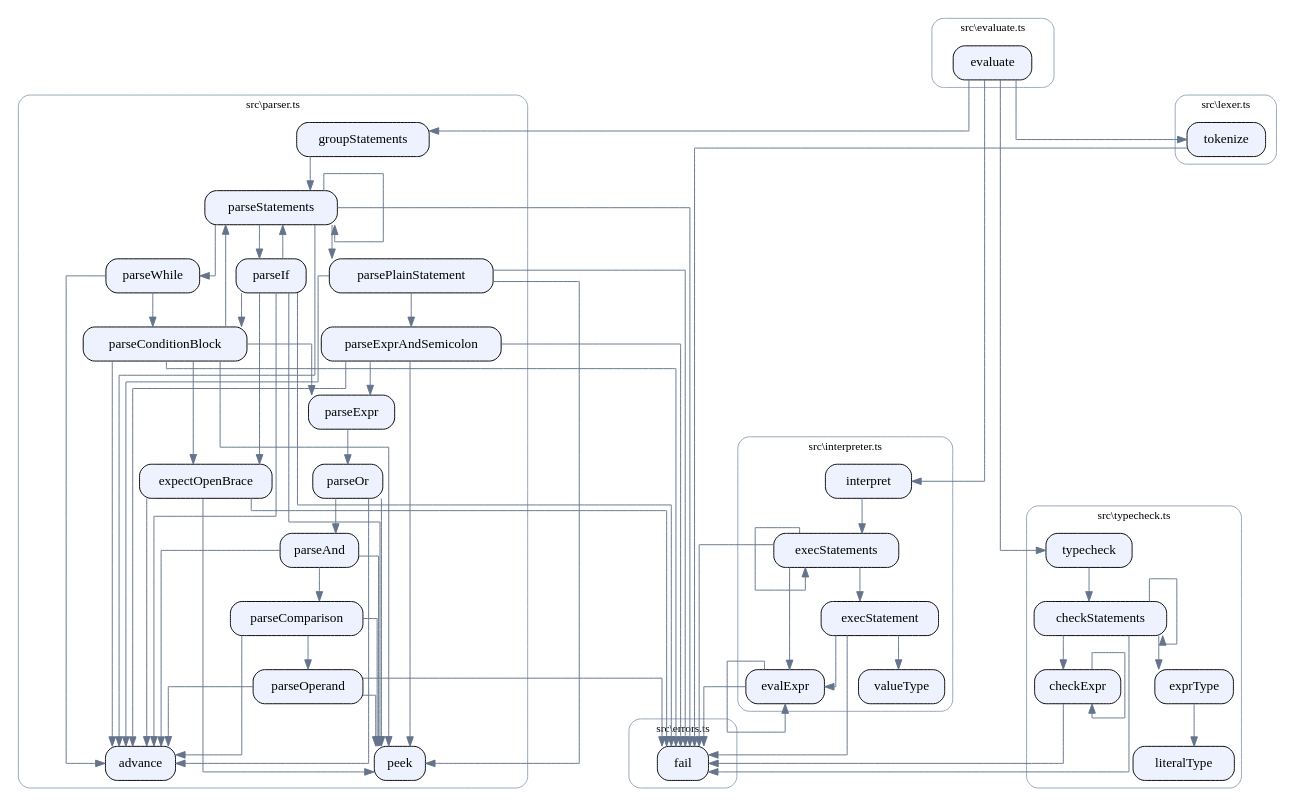
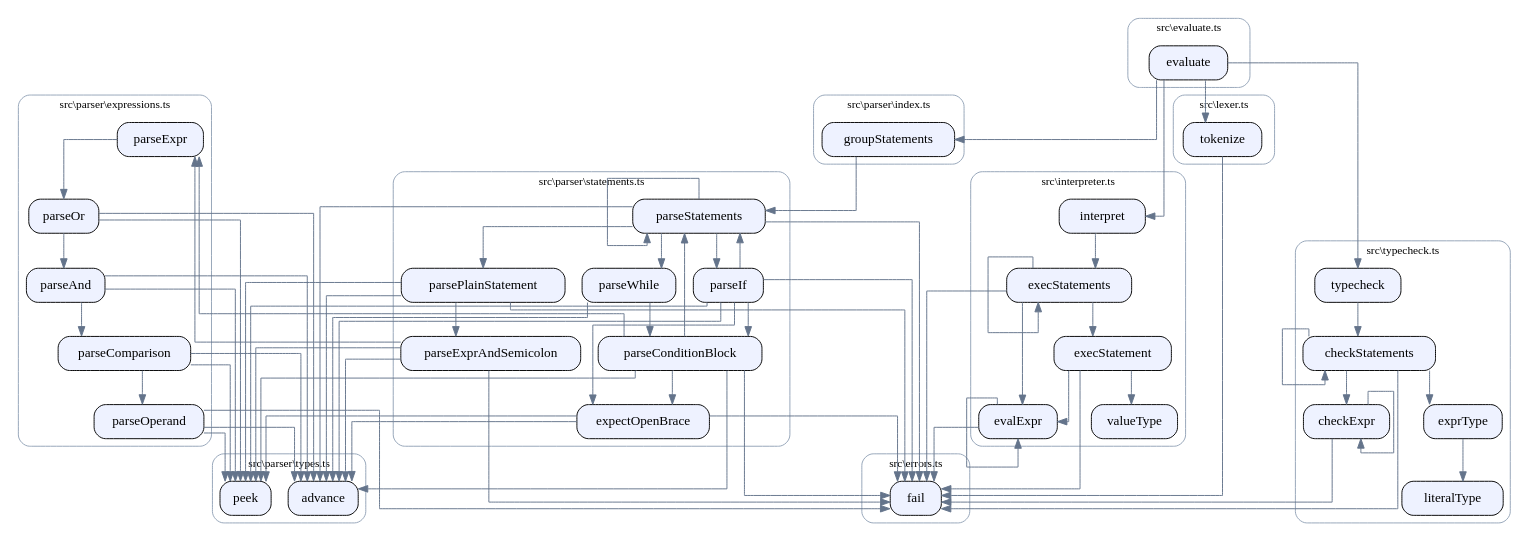
Before and after one commit to SirMathhman/Tuff: the diagram in docs/callgraph.dot, drawn with Graphviz. The commit also changed 9 other files, not shown here.

Commit message:
refactor: split parser into parser/ module (types, expressions, statements)

```diff
--- a/docs/callgraph.dot
+++ b/docs/callgraph.dot
@@ -1,144 +1,165 @@
 digraph tuff {
   rankdir=TB;
   splines=ortho;
   node [shape=box, style="rounded,filled", fillcolor="#eef2ff", fontname="Consolas"];
   edge [color="#64748b"];
   subgraph "cluster_src_errors_ts" {
     style="rounded";
     color="#94a3b8";
     fontname="Consolas";
     fontsize=12;
     label="src\\errors.ts";
     "src\\errors.ts::fail" [label="fail"];
   }
   subgraph "cluster_src_evaluate_ts" {
     style="rounded";
     color="#94a3b8";
     fontname="Consolas";
     fontsize=12;
     label="src\\evaluate.ts";
     "src\\evaluate.ts::evaluate" [label="evaluate"];
   }
   subgraph "cluster_src_interpreter_ts" {
     style="rounded";
     color="#94a3b8";
     fontname="Consolas";
     fontsize=12;
     label="src\\interpreter.ts";
     "src\\interpreter.ts::valueType" [label="valueType"];
     "src\\interpreter.ts::evalExpr" [label="evalExpr"];
     "src\\interpreter.ts::execStatement" [label="execStatement"];
     "src\\interpreter.ts::execStatements" [label="execStatements"];
     "src\\interpreter.ts::interpret" [label="interpret"];
   }
   subgraph "cluster_src_lexer_ts" {
     style="rounded";
     color="#94a3b8";
     fontname="Consolas";
     fontsize=12;
     label="src\\lexer.ts";
     "src\\lexer.ts::tokenize" [label="tokenize"];
   }
-  subgraph "cluster_src_parser_ts" {
+  subgraph "cluster_src_parser_expressions_ts" {
     style="rounded";
     color="#94a3b8";
     fontname="Consolas";
     fontsize=12;
-    label="src\\parser.ts";
-    "src\\parser.ts::peek" [label="peek"];
-    "src\\parser.ts::advance" [label="advance"];
-    "src\\parser.ts::parseStatements" [label="parseStatements"];
-    "src\\parser.ts::parseExprAndSemicolon" [label="parseExprAndSemicolon"];
-    "src\\parser.ts::expectOpenBrace" [label="expectOpenBrace"];
-    "src\\parser.ts::parsePlainStatement" [label="parsePlainStatement"];
-    "src\\parser.ts::parseOperand" [label="parseOperand"];
-    "src\\parser.ts::parseExpr" [label="parseExpr"];
-    "src\\parser.ts::parseOr" [label="parseOr"];
-    "src\\parser.ts::parseAnd" [label="parseAnd"];
-    "src\\parser.ts::parseComparison" [label="parseComparison"];
-    "src\\parser.ts::parseConditionBlock" [label="parseConditionBlock"];
-    "src\\parser.ts::parseIf" [label="parseIf"];
-    "src\\parser.ts::parseWhile" [label="parseWhile"];
-    "src\\parser.ts::groupStatements" [label="groupStatements"];
+    label="src\\parser\\expressions.ts";
+    "src\\parser\\expressions.ts::parseExpr" [label="parseExpr"];
+    "src\\parser\\expressions.ts::parseOr" [label="parseOr"];
+    "src\\parser\\expressions.ts::parseAnd" [label="parseAnd"];
+    "src\\parser\\expressions.ts::parseComparison" [label="parseComparison"];
+    "src\\parser\\expressions.ts::parseOperand" [label="parseOperand"];
+  }
+  subgraph "cluster_src_parser_index_ts" {
+    style="rounded";
+    color="#94a3b8";
+    fontname="Consolas";
+    fontsize=12;
+    label="src\\parser\\index.ts";
+    "src\\parser\\index.ts::groupStatements" [label="groupStatements"];
+  }
+  subgraph "cluster_src_parser_statements_ts" {
+    style="rounded";
+    color="#94a3b8";
+    fontname="Consolas";
+    fontsize=12;
+    label="src\\parser\\statements.ts";
+    "src\\parser\\statements.ts::parseStatements" [label="parseStatements"];
+    "src\\parser\\statements.ts::parseExprAndSemicolon" [label="parseExprAndSemicolon"];
+    "src\\parser\\statements.ts::expectOpenBrace" [label="expectOpenBrace"];
+    "src\\parser\\statements.ts::parsePlainStatement" [label="parsePlainStatement"];
+    "src\\parser\\statements.ts::parseConditionBlock" [label="parseConditionBlock"];
+    "src\\parser\\statements.ts::parseIf" [label="parseIf"];
+    "src\\parser\\statements.ts::parseWhile" [label="parseWhile"];
+  }
+  subgraph "cluster_src_parser_types_ts" {
+    style="rounded";
+    color="#94a3b8";
+    fontname="Consolas";
+    fontsize=12;
+    label="src\\parser\\types.ts";
+    "src\\parser\\types.ts::peek" [label="peek"];
+    "src\\parser\\types.ts::advance" [label="advance"];
   }
   subgraph "cluster_src_typecheck_ts" {
     style="rounded";
     color="#94a3b8";
     fontname="Consolas";
     fontsize=12;
     label="src\\typecheck.ts";
     "src\\typecheck.ts::literalType" [label="literalType"];
     "src\\typecheck.ts::checkExpr" [label="checkExpr"];
     "src\\typecheck.ts::exprType" [label="exprType"];
     "src\\typecheck.ts::checkStatements" [label="checkStatements"];
     "src\\typecheck.ts::typecheck" [label="typecheck"];
   }
   "src\\evaluate.ts::evaluate" -> "src\\lexer.ts::tokenize";
-  "src\\evaluate.ts::evaluate" -> "src\\parser.ts::groupStatements";
+  "src\\evaluate.ts::evaluate" -> "src\\parser\\index.ts::groupStatements";
   "src\\evaluate.ts::evaluate" -> "src\\typecheck.ts::typecheck";
   "src\\evaluate.ts::evaluate" -> "src\\interpreter.ts::interpret";
   "src\\interpreter.ts::evalExpr" -> "src\\errors.ts::fail";
   "src\\interpreter.ts::evalExpr" -> "src\\interpreter.ts::evalExpr";
   "src\\interpreter.ts::execStatement" -> "src\\errors.ts::fail";
   "src\\interpreter.ts::execStatement" -> "src\\interpreter.ts::evalExpr";
   "src\\interpreter.ts::execStatement" -> "src\\interpreter.ts::valueType";
   "src\\interpreter.ts::execStatements" -> "src\\interpreter.ts::execStatements";
   "src\\interpreter.ts::execStatements" -> "src\\errors.ts::fail";
   "src\\interpreter.ts::execStatements" -> "src\\interpreter.ts::evalExpr";
   "src\\interpreter.ts::execStatements" -> "src\\interpreter.ts::execStatement";
   "src\\interpreter.ts::interpret" -> "src\\interpreter.ts::execStatements";
   "src\\lexer.ts::tokenize" -> "src\\errors.ts::fail";
-  "src\\parser.ts::parseStatements" -> "src\\parser.ts::advance";
-  "src\\parser.ts::parseStatements" -> "src\\parser.ts::parseStatements";
-  "src\\parser.ts::parseStatements" -> "src\\errors.ts::fail";
-  "src\\parser.ts::parseStatements" -> "src\\parser.ts::parseIf";
-  "src\\parser.ts::parseStatements" -> "src\\parser.ts::parseWhile";
-  "src\\parser.ts::parseStatements" -> "src\\parser.ts::parsePlainStatement";
-  "src\\parser.ts::parseExprAndSemicolon" -> "src\\parser.ts::parseExpr";
-  "src\\parser.ts::parseExprAndSemicolon" -> "src\\parser.ts::peek";
-  "src\\parser.ts::parseExprAndSemicolon" -> "src\\errors.ts::fail";
-  "src\\parser.ts::parseExprAndSemicolon" -> "src\\parser.ts::advance";
-  "src\\parser.ts::expectOpenBrace" -> "src\\parser.ts::peek";
-  "src\\parser.ts::expectOpenBrace" -> "src\\errors.ts::fail";
-  "src\\parser.ts::expectOpenBrace" -> "src\\parser.ts::advance";
-  "src\\parser.ts::parsePlainStatement" -> "src\\parser.ts::peek";
-  "src\\parser.ts::parsePlainStatement" -> "src\\errors.ts::fail";
-  "src\\parser.ts::parsePlainStatement" -> "src\\parser.ts::advance";
-  "src\\parser.ts::parsePlainStatement" -> "src\\parser.ts::parseExprAndSemicolon";
-  "src\\parser.ts::parseOperand" -> "src\\parser.ts::peek";
-  "src\\parser.ts::parseOperand" -> "src\\errors.ts::fail";
-  "src\\parser.ts::parseOperand" -> "src\\parser.ts::advance";
-  "src\\parser.ts::parseExpr" -> "src\\parser.ts::parseOr";
-  "src\\parser.ts::parseOr" -> "src\\parser.ts::parseAnd";
-  "src\\parser.ts::parseOr" -> "src\\parser.ts::peek";
-  "src\\parser.ts::parseOr" -> "src\\parser.ts::advance";
-  "src\\parser.ts::parseAnd" -> "src\\parser.ts::parseComparison";
-  "src\\parser.ts::parseAnd" -> "src\\parser.ts::peek";
-  "src\\parser.ts::parseAnd" -> "src\\parser.ts::advance";
-  "src\\parser.ts::parseComparison" -> "src\\parser.ts::parseOperand";
-  "src\\parser.ts::parseComparison" -> "src\\parser.ts::peek";
-  "src\\parser.ts::parseComparison" -> "src\\parser.ts::advance";
-  "src\\parser.ts::parseConditionBlock" -> "src\\parser.ts::peek";
-  "src\\parser.ts::parseConditionBlock" -> "src\\errors.ts::fail";
-  "src\\parser.ts::parseConditionBlock" -> "src\\parser.ts::advance";
-  "src\\parser.ts::parseConditionBlock" -> "src\\parser.ts::parseExpr";
-  "src\\parser.ts::parseConditionBlock" -> "src\\parser.ts::expectOpenBrace";
-  "src\\parser.ts::parseConditionBlock" -> "src\\parser.ts::parseStatements";
-  "src\\parser.ts::parseIf" -> "src\\parser.ts::advance";
-  "src\\parser.ts::parseIf" -> "src\\parser.ts::parseConditionBlock";
-  "src\\parser.ts::parseIf" -> "src\\parser.ts::peek";
-  "src\\parser.ts::parseIf" -> "src\\parser.ts::expectOpenBrace";
-  "src\\parser.ts::parseIf" -> "src\\parser.ts::parseStatements";
-  "src\\parser.ts::parseIf" -> "src\\errors.ts::fail";
-  "src\\parser.ts::parseWhile" -> "src\\parser.ts::advance";
-  "src\\parser.ts::parseWhile" -> "src\\parser.ts::parseConditionBlock";
-  "src\\parser.ts::groupStatements" -> "src\\parser.ts::parseStatements";
+  "src\\parser\\expressions.ts::parseExpr" -> "src\\parser\\expressions.ts::parseOr";
+  "src\\parser\\expressions.ts::parseOr" -> "src\\parser\\expressions.ts::parseAnd";
+  "src\\parser\\expressions.ts::parseOr" -> "src\\parser\\types.ts::peek";
+  "src\\parser\\expressions.ts::parseOr" -> "src\\parser\\types.ts::advance";
+  "src\\parser\\expressions.ts::parseAnd" -> "src\\parser\\expressions.ts::parseComparison";
+  "src\\parser\\expressions.ts::parseAnd" -> "src\\parser\\types.ts::peek";
+  "src\\parser\\expressions.ts::parseAnd" -> "src\\parser\\types.ts::advance";
+  "src\\parser\\expressions.ts::parseComparison" -> "src\\parser\\expressions.ts::parseOperand";
+  "src\\parser\\expressions.ts::parseComparison" -> "src\\parser\\types.ts::peek";
+  "src\\parser\\expressions.ts::parseComparison" -> "src\\parser\\types.ts::advance";
+  "src\\parser\\expressions.ts::parseOperand" -> "src\\parser\\types.ts::peek";
+  "src\\parser\\expressions.ts::parseOperand" -> "src\\errors.ts::fail";
+  "src\\parser\\expressions.ts::parseOperand" -> "src\\parser\\types.ts::advance";
+  "src\\parser\\index.ts::groupStatements" -> "src\\parser\\statements.ts::parseStatements";
+  "src\\parser\\statements.ts::parseStatements" -> "src\\parser\\types.ts::advance";
+  "src\\parser\\statements.ts::parseStatements" -> "src\\parser\\statements.ts::parseStatements";
+  "src\\parser\\statements.ts::parseStatements" -> "src\\errors.ts::fail";
+  "src\\parser\\statements.ts::parseStatements" -> "src\\parser\\statements.ts::parseIf";
+  "src\\parser\\statements.ts::parseStatements" -> "src\\parser\\statements.ts::parseWhile";
+  "src\\parser\\statements.ts::parseStatements" -> "src\\parser\\statements.ts::parsePlainStatement";
+  "src\\parser\\statements.ts::parseExprAndSemicolon" -> "src\\parser\\expressions.ts::parseExpr";
+  "src\\parser\\statements.ts::parseExprAndSemicolon" -> "src\\parser\\types.ts::peek";
+  "src\\parser\\statements.ts::parseExprAndSemicolon" -> "src\\errors.ts::fail";
+  "src\\parser\\statements.ts::parseExprAndSemicolon" -> "src\\parser\\types.ts::advance";
+  "src\\parser\\statements.ts::expectOpenBrace" -> "src\\parser\\types.ts::peek";
+  "src\\parser\\statements.ts::expectOpenBrace" -> "src\\errors.ts::fail";
+  "src\\parser\\statements.ts::expectOpenBrace" -> "src\\parser\\types.ts::advance";
+  "src\\parser\\statements.ts::parsePlainStatement" -> "src\\parser\\types.ts::peek";
+  "src\\parser\\statements.ts::parsePlainStatement" -> "src\\errors.ts::fail";
+  "src\\parser\\statements.ts::parsePlainStatement" -> "src\\parser\\types.ts::advance";
+  "src\\parser\\statements.ts::parsePlainStatement" -> "src\\parser\\statements.ts::parseExprAndSemicolon";
+  "src\\parser\\statements.ts::parseConditionBlock" -> "src\\parser\\types.ts::peek";
+  "src\\parser\\statements.ts::parseConditionBlock" -> "src\\errors.ts::fail";
+  "src\\parser\\statements.ts::parseConditionBlock" -> "src\\parser\\types.ts::advance";
+  "src\\parser\\statements.ts::parseConditionBlock" -> "src\\parser\\expressions.ts::parseExpr";
+  "src\\parser\\statements.ts::parseConditionBlock" -> "src\\parser\\statements.ts::expectOpenBrace";
+  "src\\parser\\statements.ts::parseConditionBlock" -> "src\\parser\\statements.ts::parseStatements";
+  "src\\parser\\statements.ts::parseIf" -> "src\\parser\\types.ts::advance";
+  "src\\parser\\statements.ts::parseIf" -> "src\\parser\\statements.ts::parseConditionBlock";
+  "src\\parser\\statements.ts::parseIf" -> "src\\parser\\types.ts::peek";
+  "src\\parser\\statements.ts::parseIf" -> "src\\parser\\statements.ts::expectOpenBrace";
+  "src\\parser\\statements.ts::parseIf" -> "src\\parser\\statements.ts::parseStatements";
+  "src\\parser\\statements.ts::parseIf" -> "src\\errors.ts::fail";
+  "src\\parser\\statements.ts::parseWhile" -> "src\\parser\\types.ts::advance";
+  "src\\parser\\statements.ts::parseWhile" -> "src\\parser\\statements.ts::parseConditionBlock";
   "src\\typecheck.ts::checkExpr" -> "src\\errors.ts::fail";
   "src\\typecheck.ts::checkExpr" -> "src\\typecheck.ts::checkExpr";
   "src\\typecheck.ts::exprType" -> "src\\typecheck.ts::literalType";
   "src\\typecheck.ts::checkStatements" -> "src\\typecheck.ts::checkExpr";
   "src\\typecheck.ts::checkStatements" -> "src\\typecheck.ts::exprType";
   "src\\typecheck.ts::checkStatements" -> "src\\errors.ts::fail";
   "src\\typecheck.ts::checkStatements" -> "src\\typecheck.ts::checkStatements";
   "src\\typecheck.ts::typecheck" -> "src\\typecheck.ts::checkStatements";
 }
```
